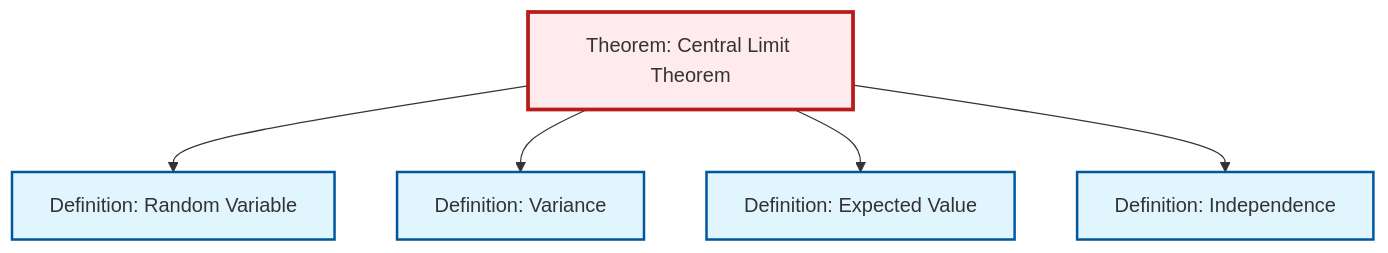
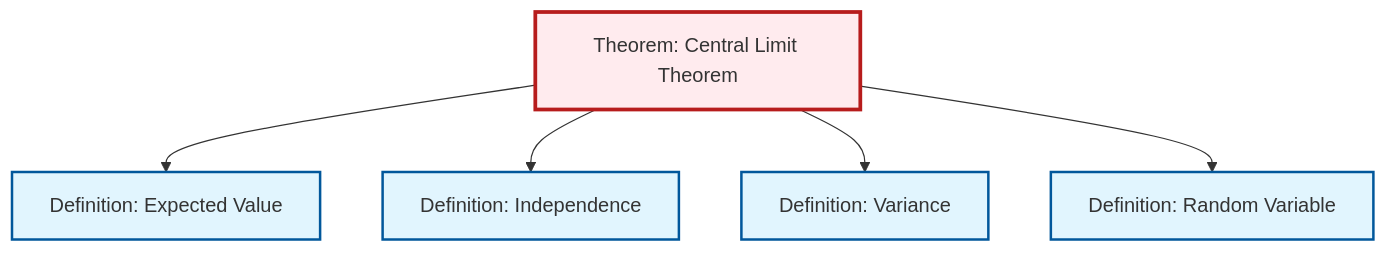
One commit to RK0429/ModernMath changed the second of 2 diagrams in content/ja/probability-statistics/thm-central-limit.qmd. Above: the diagram before and after it, drawn with Mermaid. The commit also changed other lines of this file and 531 other files, not shown here.

````diff
--- a/content/ja/probability-statistics/thm-central-limit.qmd
+++ b/content/ja/probability-statistics/thm-central-limit.qmd
@@ -110,23 +110,23 @@
 ```{mermaid}
 %%| fig-cap: "Local dependency graph"
 graph TD
     classDef definition fill:#e1f5fe,stroke:#01579b,stroke-width:2px
     classDef theorem fill:#f3e5f5,stroke:#4a148c,stroke-width:2px
     classDef axiom fill:#fff3e0,stroke:#e65100,stroke-width:2px
     classDef example fill:#e8f5e9,stroke:#1b5e20,stroke-width:2px
     classDef current fill:#ffebee,stroke:#b71c1c,stroke-width:3px
     def-random-variable["Definition: Random Variable"]:::definition
+    def-expectation["Definition: Expected Value"]:::definition
+    def-independence["Definition: Independence"]:::definition
+    thm-central-limit["Theorem: Central Limit Theorem"]:::theorem
     def-variance["Definition: Variance"]:::definition
-    def-expectation["Definition: Expected Value"]:::definition
-    thm-central-limit["Theorem: Central Limit Theorem"]:::theorem
-    def-independence["Definition: Independence"]:::definition
-    thm-central-limit --> def-random-variable
-    thm-central-limit --> def-variance
     thm-central-limit --> def-expectation
     thm-central-limit --> def-independence
+    thm-central-limit --> def-variance
+    thm-central-limit --> def-random-variable
     class thm-central-limit current
     click def-random-variable "def-random-variable.html" "Definition: Random Variableへ"
-    click def-variance "def-variance.html" "Definition: Varianceへ"
     click def-expectation "def-expectation.html" "Definition: Expected Valueへ"
     click def-independence "def-independence.html" "Definition: Independenceへ"
+    click def-variance "def-variance.html" "Definition: Varianceへ"
 ```
````
